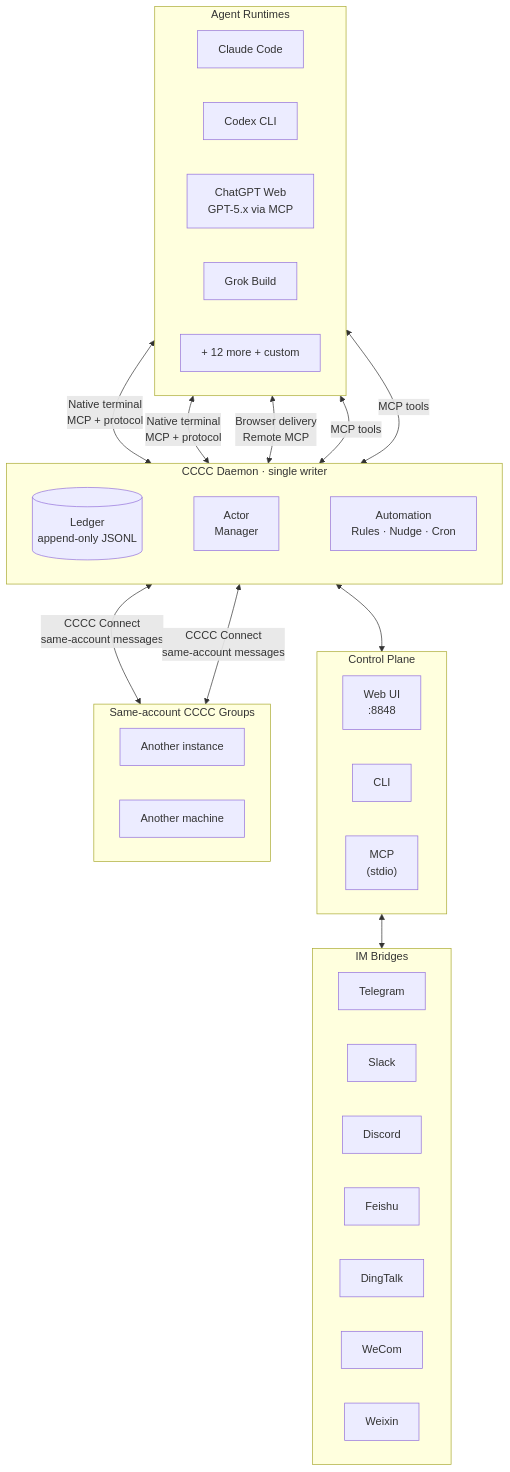
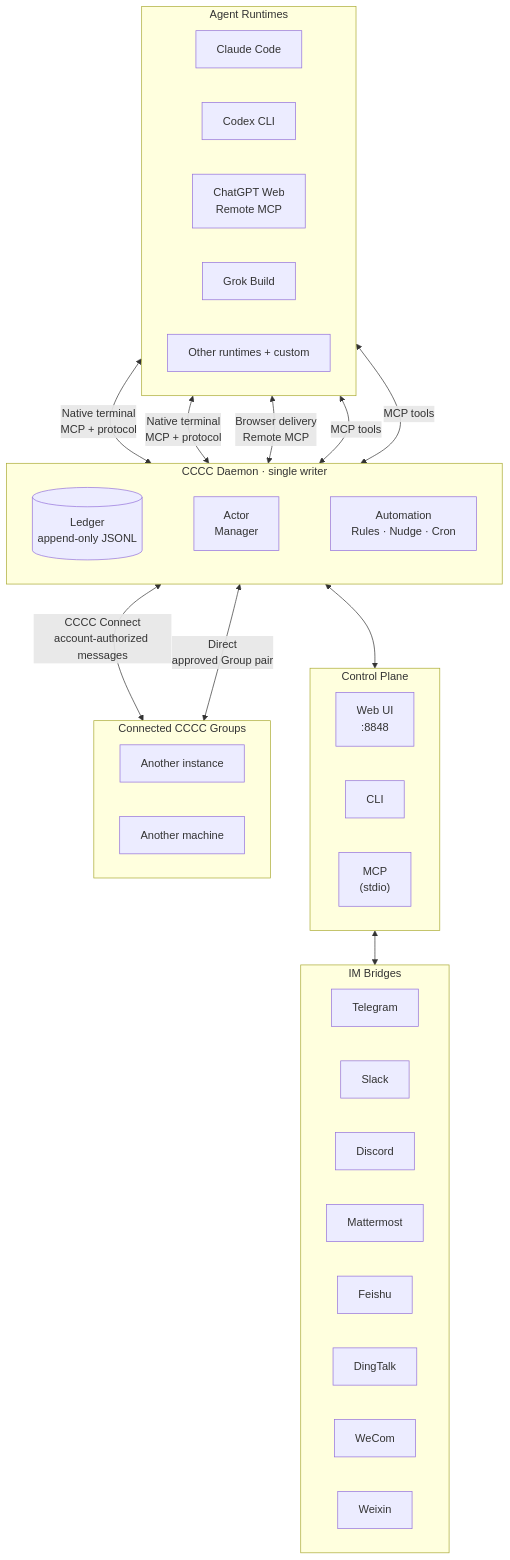
One commit to ChesterRa/cccc changed the diagram in README.md. Above: the diagram before and after it, drawn with Mermaid. The commit also changed other lines of this file and 5 other files, not shown here.

````diff
--- a/README.md
+++ b/README.md
@@ -170,54 +185,55 @@
 ```mermaid
 graph TB
     subgraph Agents["Agent Runtimes"]
         direction LR
         A1["Claude Code"]
         A2["Codex CLI"]
-        A3["ChatGPT Web<br/>GPT-5.x via MCP"]
+        A3["ChatGPT Web<br/>Remote MCP"]
         A4["Grok Build"]
-        A5["+ 12 more + custom"]
+        A5["Other runtimes + custom"]
     end
 
     subgraph Daemon["CCCC Daemon · single writer"]
         direction LR
         Ledger[("Ledger<br/>append-only JSONL")]
         ActorMgr["Actor<br/>Manager"]
         Auto["Automation<br/>Rules · Nudge · Cron"]
         Ledger ~~~ ActorMgr ~~~ Auto
     end
 
     subgraph Ports["Control Plane"]
         direction LR
         Web["Web UI<br/>:8848"]
         CLI["CLI"]
         MCP["MCP<br/>(stdio)"]
     end
 
     subgraph IM["IM Bridges"]
         direction LR
         TG["Telegram"]
         SL["Slack"]
         DC["Discord"]
+        MM["Mattermost"]
         FS["Feishu"]
         DT["DingTalk"]
         WC["WeCom"]
         WX["Weixin"]
     end
 
-    subgraph Remote["Same-account CCCC Groups"]
+    subgraph Remote["Connected CCCC Groups"]
         direction LR
         RG1["Another instance"]
         RG2["Another machine"]
     end
 
     A1 <-->|Native terminal<br/>MCP + protocol| Daemon
     A2 <-->|Native terminal<br/>MCP + protocol| Daemon
     A3 <-->|Browser delivery<br/>Remote MCP| Daemon
     A4 <-->|MCP tools| Daemon
     A5 <-->|MCP tools| Daemon
     Daemon <--> Ports
     Web <--> IM
-    Daemon <-->|CCCC Connect<br/>same-account messages| RG1
-    Daemon <-->|CCCC Connect<br/>same-account messages| RG2
+    Daemon <-->|CCCC Connect<br/>account-authorized messages| RG1
+    Daemon <-->|Direct<br/>approved Group pair| RG2
 
 ```
````
